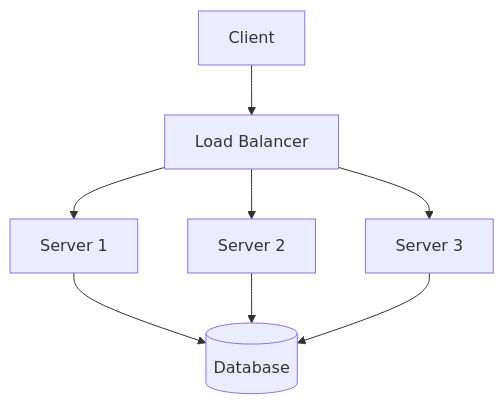
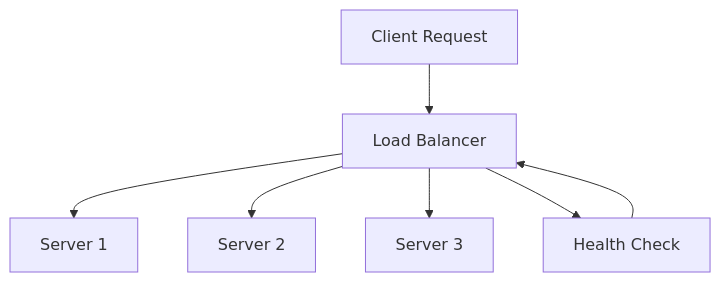
The diagram in load-balancing-and-strategies/README.md (VrushankPatel/interview-matters), drawn with Mermaid before and after one commit. The commit also changed other lines of this file and 5 other files, not shown here.

````diff
--- a/load-balancing-and-strategies/README.md
+++ b/load-balancing-and-strategies/README.md
@@ -41,10 +39,9 @@
 ```mermaid
 graph TD
-    Client[Client] --> LB[Load Balancer]
-    LB --> S1[Server 1]
-    LB --> S2[Server 2]
-    LB --> S3[Server 3]
-    S1 --> DB[(Database)]
-    S2 --> DB
-    S3 --> DB
+    A[Client Request] --> LB[Load Balancer]
+    LB --> B[Server 1]
+    LB --> C[Server 2]
+    LB --> D[Server 3]
+    LB --> E[Health Check]
+    E --> LB
 ```
````
